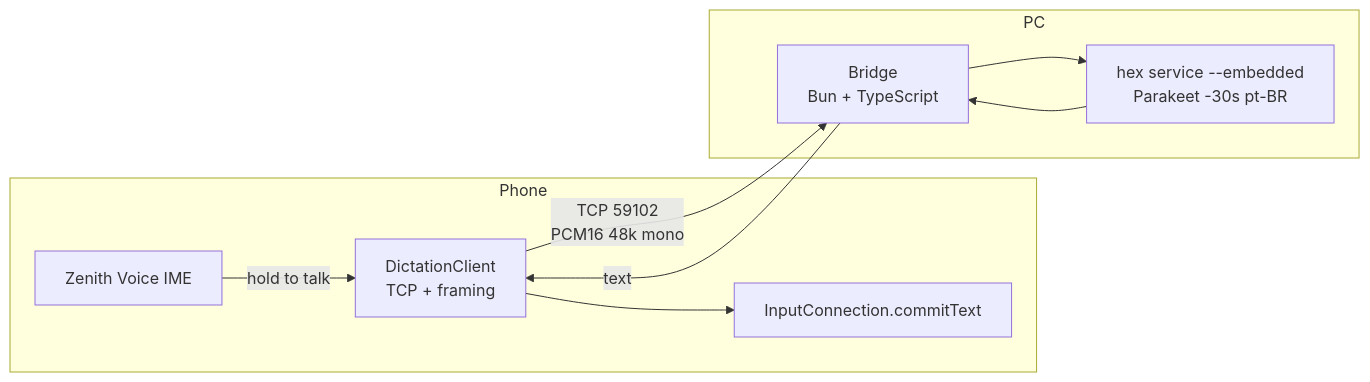
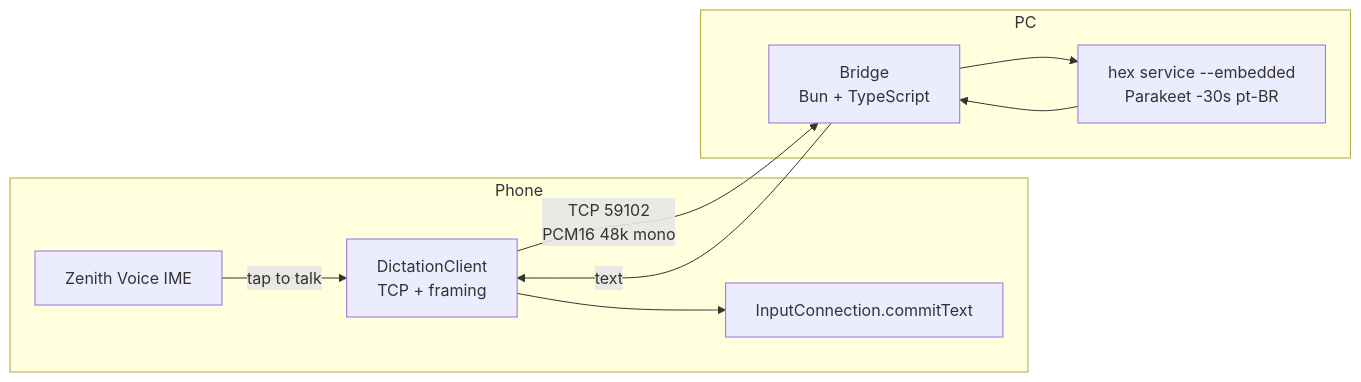
Before and after one commit to luanweslley77/zenith-audio: the diagram in docs/phone-dictation.md, drawn with Mermaid. The commit also changed other lines of this file and 5 other files, not shown here.

Commit message:
feat(android): make dictation tap-to-toggle with a 2 s silence stop

````diff
--- a/docs/phone-dictation.md
+++ b/docs/phone-dictation.md
@@ -189,15 +189,15 @@
 ```mermaid
 flowchart LR
     subgraph Phone
-        A[Zenith Voice IME] -->|hold to talk| B[DictationClient<br/>TCP + framing]
+        A[Zenith Voice IME] -->|tap to talk| B[DictationClient<br/>TCP + framing]
         B --> C[InputConnection.commitText]
     end
 
     subgraph PC
         D[Bridge<br/>Bun + TypeScript] --> E[hex service --embedded<br/>Parakeet -30s pt-BR]
         E --> D
     end
 
     B -->|TCP 59102<br/>PCM16 48k mono| D
     D -->|text| B
 ```
````
